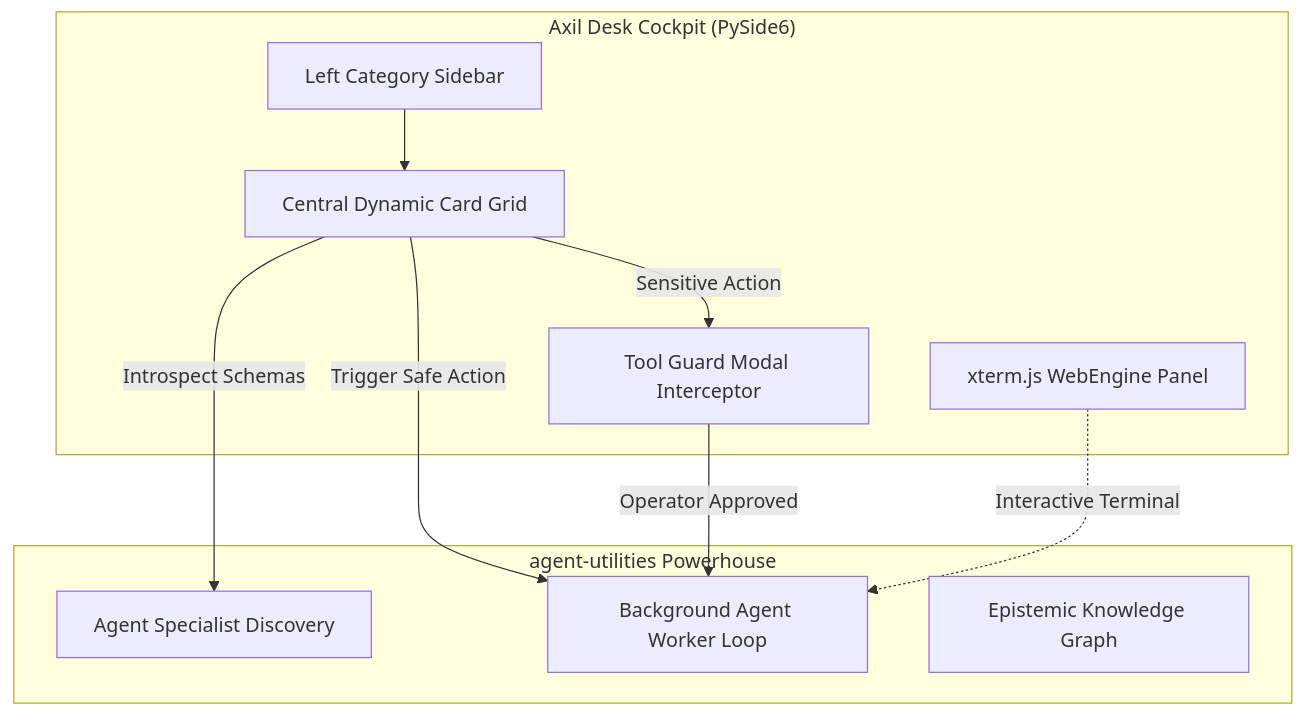
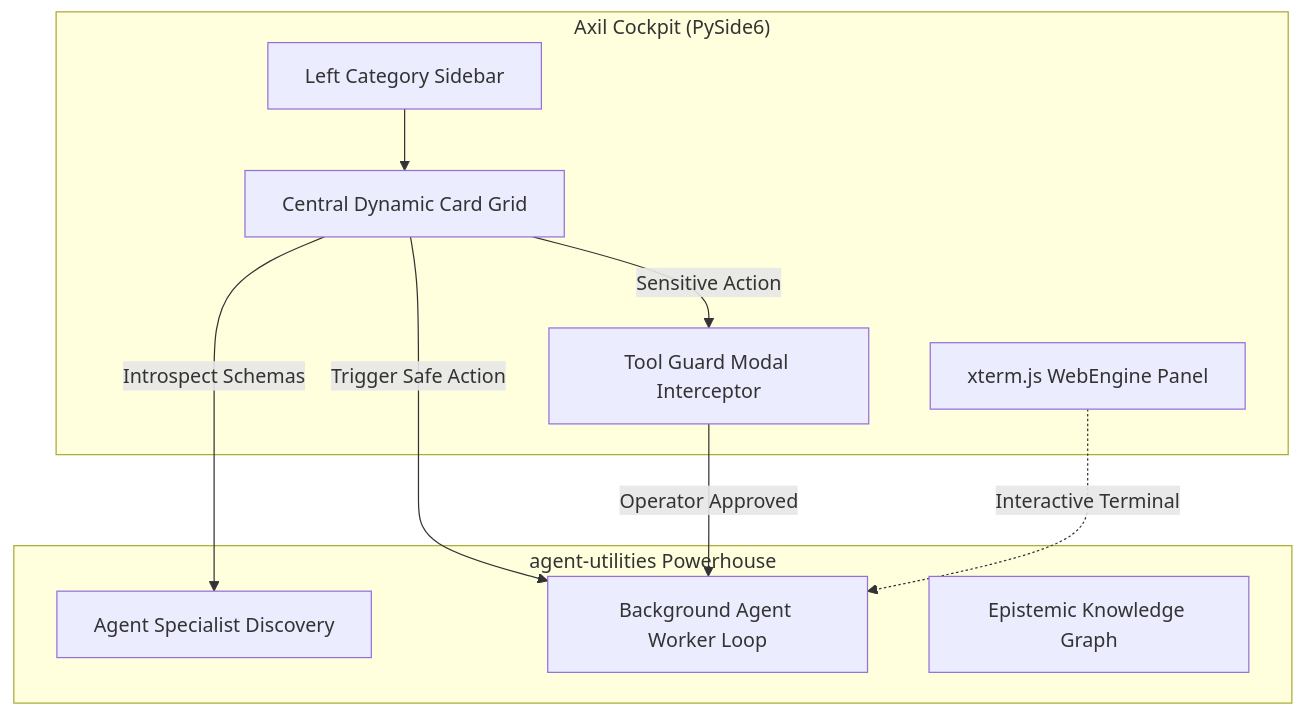
The diagram in README.md (Knuckles-Team/geniusbot), drawn with Mermaid before and after one commit. The commit also changed other lines of this file and 12 other files, not shown here.

````diff
--- a/README.md
+++ b/README.md
@@ -88,22 +88,22 @@
 ```mermaid
 graph TD
-    subgraph GUI ["Axil Desk Cockpit (PySide6)"]
+    subgraph GUI ["Axil Cockpit (PySide6)"]
         Sidebar["Left Category Sidebar"]
         GridDeck["Central Dynamic Card Grid"]
         ToolGuard["Tool Guard Modal Interceptor"]
         TerminalPanel["xterm.js WebEngine Panel"]
     end
 
     subgraph Backend ["agent-utilities Powerhouse"]
         Discovery["Agent Specialist Discovery"]
         Executor["Background Agent Worker Loop"]
         KG["Epistemic Knowledge Graph"]
     end
 
     Sidebar --> GridDeck
     GridDeck -->|Introspect Schemas| Discovery
     GridDeck -->|Trigger Safe Action| Executor
     GridDeck -->|Sensitive Action| ToolGuard
     ToolGuard -->|Operator Approved| Executor
     TerminalPanel -.->|Interactive Terminal| Executor
 ```
````
